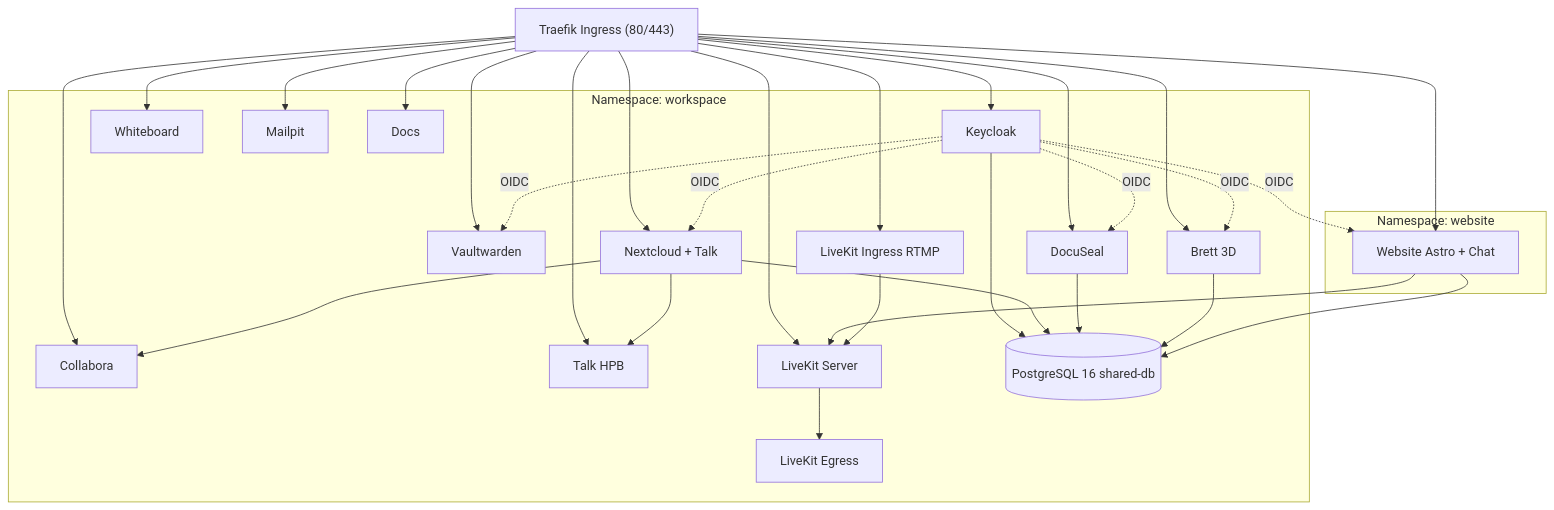
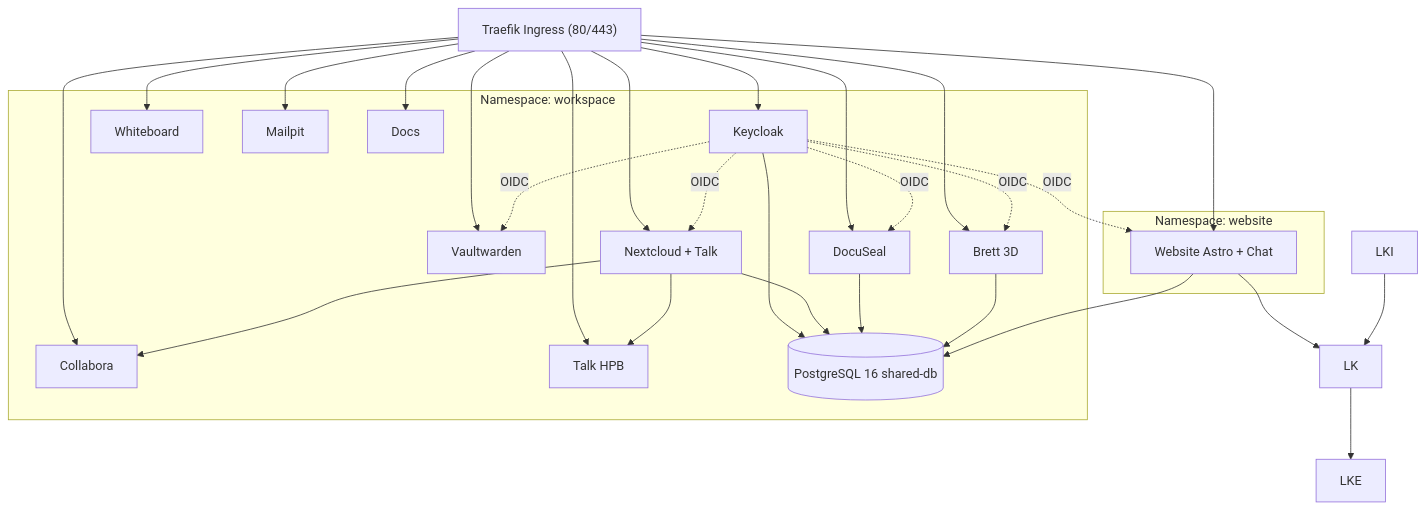
The diagram in README.md (Paddione/Bachelorprojekt), drawn with Mermaid before and after one commit. The commit also changed other lines of this file and 3 other files, not shown here.

Commit message:
chore(docs): remove LiveKit from root docs (AGENTS/CLAUDE/GEMINI/README) P5.9 [T002184]

````diff
--- a/README.md
+++ b/README.md
@@ -56,34 +55,31 @@
 ```mermaid
 graph TB
     Traefik["Traefik Ingress (80/443)"]
 
     subgraph workspace ["Namespace: workspace"]
         KC[Keycloak]
         NC[Nextcloud + Talk]
         CO[Collabora]
         HPB[Talk HPB]
         VW[Vaultwarden]
         WB[Whiteboard]
         BRETT[Brett 3D]
         MP[Mailpit]
         DOCS[Docs]
         DS[DocuSeal]
-        LK[LiveKit Server]
-        LKI[LiveKit Ingress RTMP]
-        LKE[LiveKit Egress]
         DB[(PostgreSQL 16 shared-db)]
     end
 
     subgraph website-ns ["Namespace: website"]
         WEB[Website Astro + Chat]
     end
 
-    Traefik --> KC & NC & CO & HPB & VW & WB & BRETT & MP & DOCS & DS & WEB & LK & LKI
+    Traefik --> KC & NC & CO & HPB & VW & WB & BRETT & MP & DOCS & DS & WEB
     KC -. OIDC .-> NC & VW & WEB & DS & BRETT
     NC --> CO
     NC --> HPB
     WEB --> LK
     LKI --> LK
     LK --> LKE
     KC & NC & DS & BRETT & WEB --> DB
 ```
````
